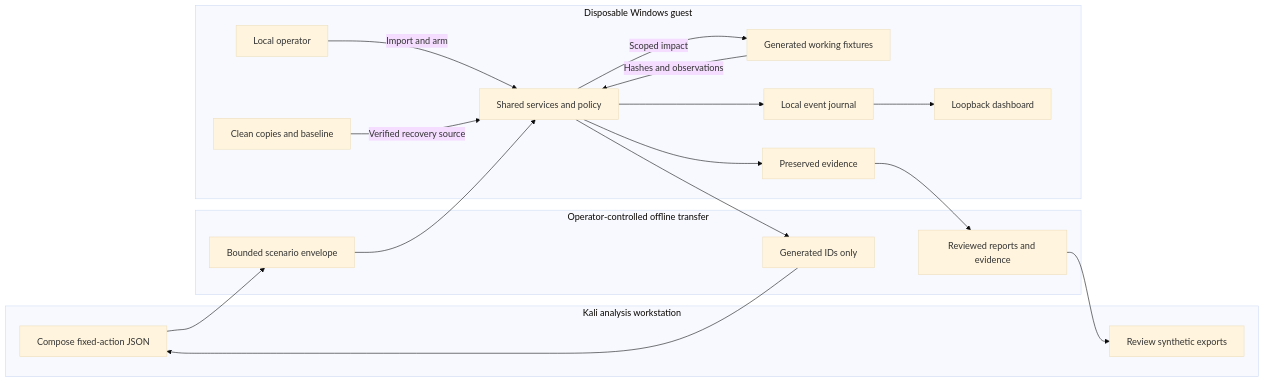
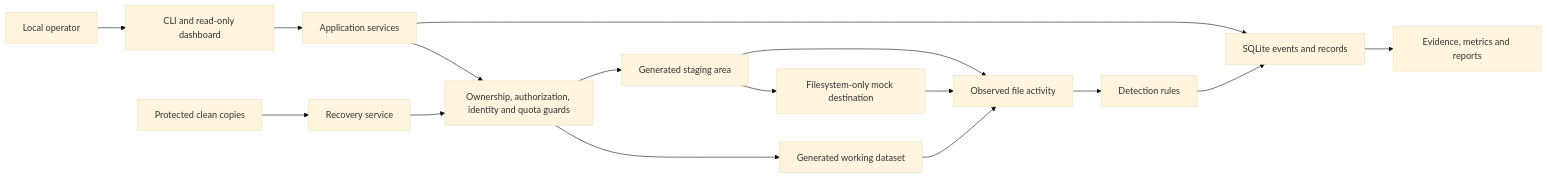
Before and after one commit to Antech-greyhat/RansomLab: the diagram in docs/architecture.md, drawn with Mermaid (base theme). The commit also changed other lines of this file and 15 other files, not shown here.

Commit message:
docs: establish Phase 0 architecture and safety baseline

````diff
--- a/docs/architecture.md
+++ b/docs/architecture.md
@@ -34,34 +71,18 @@
 ```mermaid
 flowchart LR
-    subgraph KALI[Kali analysis workstation]
-        COMPOSE[Compose fixed-action JSON]
-        ANALYSE[Review synthetic exports]
-    end
-    subgraph TRANSFER[Operator-controlled offline transfer]
-        DESCRIPTOR[Generated IDs only]
-        ENVELOPE[Bounded scenario envelope]
-        EXPORT[Reviewed reports and evidence]
-    end
-    subgraph WINDOWS[Disposable Windows guest]
-        OPERATOR[Local operator]
-        CORE[Shared services and policy]
-        WORK[Generated working fixtures]
-        CLEAN[Clean copies and baseline]
-        JOURNAL[Local event journal]
-        EVIDENCE[Preserved evidence]
-        DASH[Loopback dashboard]
-        OPERATOR -->|Import and arm| CORE
-        CORE -->|Scoped impact| WORK
-        WORK -->|Hashes and observations| CORE
-        CLEAN -->|Verified recovery source| CORE
-        CORE --> JOURNAL
-        CORE --> EVIDENCE
-        JOURNAL --> DASH
-        CORE --> DESCRIPTOR
-        EVIDENCE --> EXPORT
-    end
-    DESCRIPTOR --> COMPOSE
-    COMPOSE --> ENVELOPE
-    ENVELOPE --> CORE
-    EXPORT --> ANALYSE
+    OP[Local operator] --> API[CLI and read-only dashboard]
+    API --> APP[Application services]
+    APP --> GUARD[Ownership, authorization, identity and quota guards]
+    GUARD --> WORK[Generated working dataset]
+    GUARD --> STAGE[Generated staging area]
+    STAGE --> SINK[Filesystem-only mock destination]
+    WORK --> OBS[Observed file activity]
+    STAGE --> OBS
+    SINK --> OBS
+    OBS --> RULES[Detection rules]
+    RULES --> JOURNAL[SQLite events and records]
+    APP --> JOURNAL
+    JOURNAL --> REPORT[Evidence, metrics and reports]
+    CLEAN[Protected clean copies] --> REC[Recovery service]
+    REC --> GUARD
 ```
````
